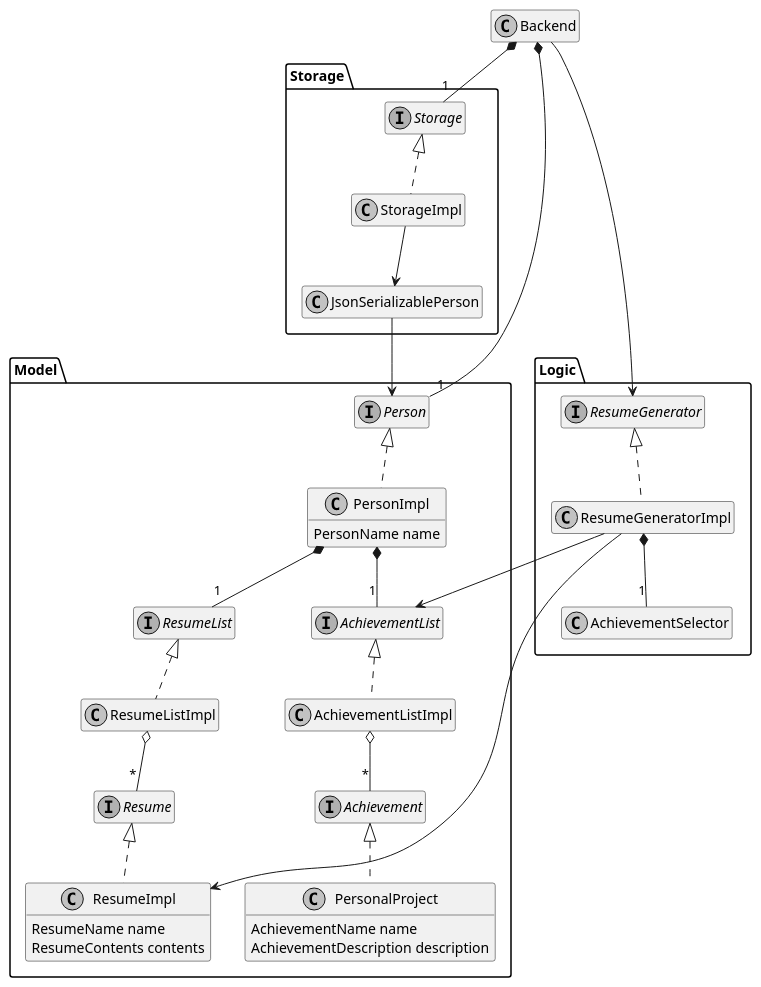
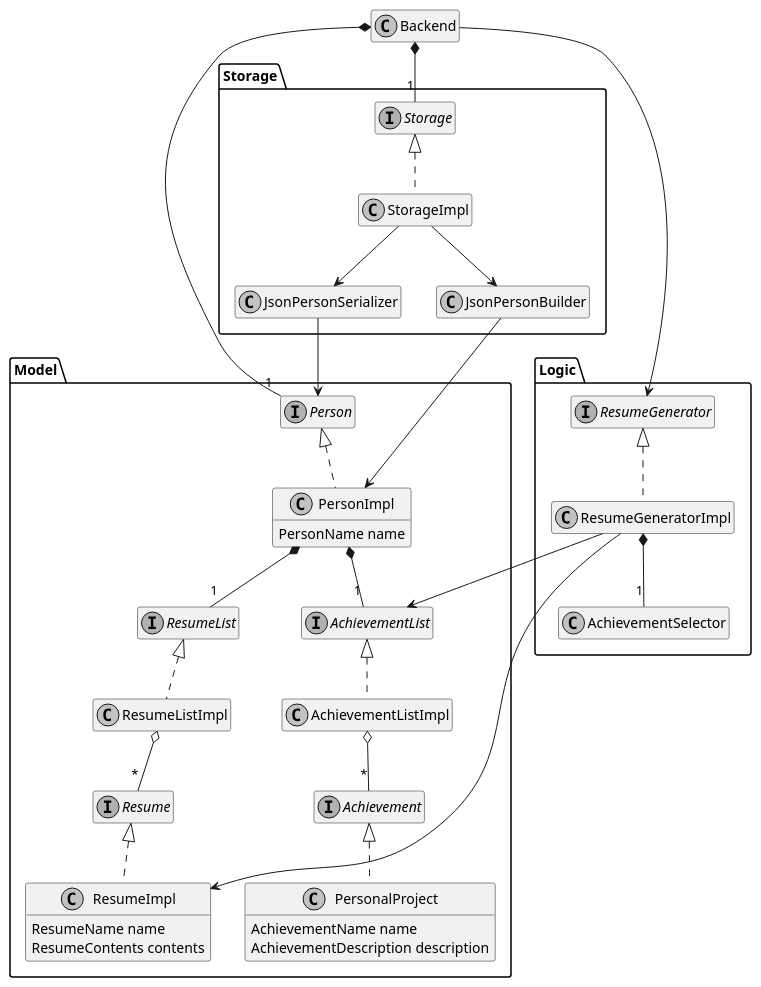
One commit to marckysan/ResuMe changed the diagram in docs/diagrams/BackendClassDiagram.puml. Above: the diagram before and after it, drawn with PlantUML. The commit also changed 4 other files, not shown here.

Commit message:
Implement JsonPersonBuilder

```diff
--- a/docs/diagrams/BackendClassDiagram.puml
+++ b/docs/diagrams/BackendClassDiagram.puml
@@ -1,69 +1,73 @@
 @startuml
 
 skinparam monochrome true
 hide empty members
 
 class Backend
 Backend --> Logic.ResumeGenerator
 Backend *-- "1" Model.Person
 Backend *-- "1" Storage.Storage
 
 namespace Storage {
 
 interface Storage
 class StorageImpl
 Storage <|.. StorageImpl
 
-class JsonSerializablePerson
-StorageImpl --> JsonSerializablePerson
-JsonSerializablePerson --> Model.Person
+class JsonPersonSerializer
+StorageImpl --> JsonPersonSerializer
+JsonPersonSerializer --> Model.Person
+
+class JsonPersonBuilder
+StorageImpl --> JsonPersonBuilder
+JsonPersonBuilder --> Model.PersonImpl
 
 }
 
 namespace Logic {
 
 interface ResumeGenerator
 class ResumeGeneratorImpl
 class AchievementSelector
 
 ResumeGenerator <|.. ResumeGeneratorImpl
 ResumeGeneratorImpl *-- "1" AchievementSelector
 ResumeGeneratorImpl --> Model.ResumeImpl
 ResumeGeneratorImpl --> Model.AchievementList
 }
 
 namespace Model {
 
 interface Person
 class PersonImpl {
     PersonName name
 }
 Person <|.. PersonImpl
 PersonImpl *-- "1" AchievementList
 PersonImpl *-- "1" ResumeList
 
 interface Achievement
 class PersonalProject {
     AchievementName name
     AchievementDescription description
 }
 interface AchievementList
 class AchievementListImpl
 Achievement <|.. PersonalProject
 AchievementList <|.. AchievementListImpl
 AchievementListImpl o-- "*" Achievement
 
 interface Resume
 class ResumeImpl {
     ResumeName name
     ResumeContents contents
 }
 interface ResumeList
 class ResumeListImpl
 Resume <|.. ResumeImpl
 ResumeList <|.. ResumeListImpl
 ResumeListImpl o-- "*" Resume
 
 }
 
 @enduml
```
